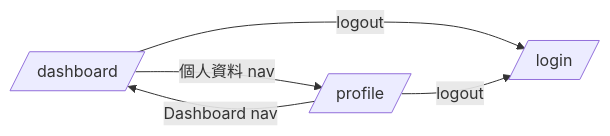
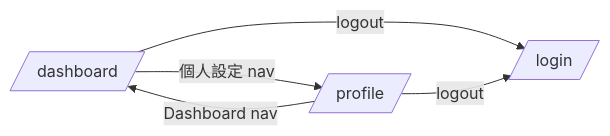
The second of 2 diagrams in specs/shared/008-sidebar-navbar-shared/spec.md (singyichen/label-suite), drawn with Mermaid before and after one commit. The commit also changed other lines of this file and 2 other files, not shown here.

Commit message:
chore: update profile prototype and shared/sidebar specs

````diff
--- a/specs/shared/008-sidebar-navbar-shared/spec.md
+++ b/specs/shared/008-sidebar-navbar-shared/spec.md
@@ -160,11 +160,11 @@
 ```mermaid
 flowchart LR
     dashboard[/dashboard/]
     profile[/profile/]
     login[/login/]
 
-    dashboard -->|個人資料 nav| profile
+    dashboard -->|個人設定 nav| profile
     profile -->|Dashboard nav| dashboard
     dashboard -->|logout| login
     profile -->|logout| login
 ```
````
